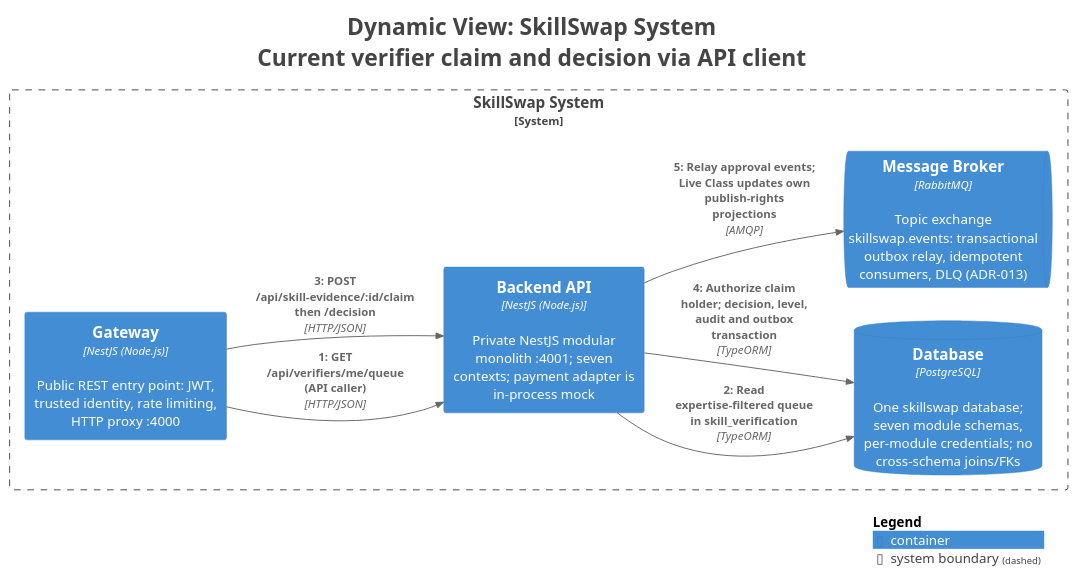
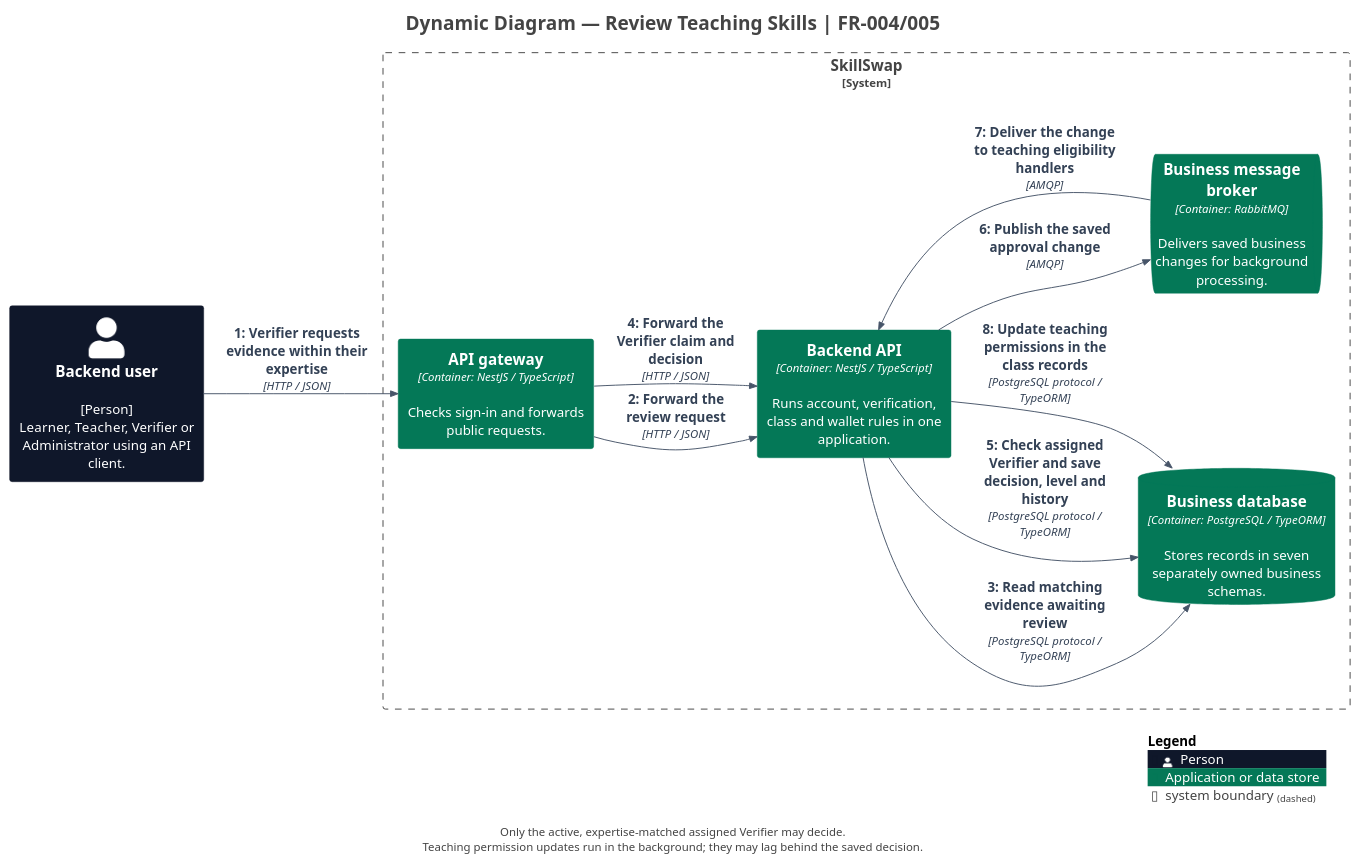
Before and after one commit to trankien022/SkillSwap: the diagram in docs/diagrams/c4/source/structurizr-VerificationFlow.puml, drawn with PlantUML. The commit also changed 62 other files, not shown here.

First line of the commit message:
docs(diagrams): refresh diagrams against current code

```diff
--- a/docs/diagrams/c4/source/structurizr-VerificationFlow.puml
+++ b/docs/diagrams/c4/source/structurizr-VerificationFlow.puml
@@ -1,33 +1,53 @@
 @startuml
-title <size:24>Dynamic View: SkillSwap System</size>\n<size:24>Current verifier claim and decision via API client</size>
+title Dynamic Diagram — Review Teaching Skills | FR-004/005
 
 set separator none
 left to right direction
 
 <style>
   root {
     BackgroundColor: #ffffff
     FontColor: #444444
   }
 </style>
 
 !include <C4/C4>
 !include <C4/C4_Context>
 !include <C4/C4_Container>
 
-System_Boundary("SkillSwapSystem_boundary", "SkillSwap System", $tags="") {
-  ContainerDb(SkillSwapSystem.Database, "Database", $techn="PostgreSQL", $descr="One skillswap database; seven module schemas, per-module credentials; no cross-schema joins/FKs", $tags="", $link="")
-  ContainerQueue(SkillSwapSystem.MessageBroker, "Message Broker", $techn="RabbitMQ", $descr="Topic exchange skillswap.events: transactional outbox relay, idempotent consumers, DLQ (ADR-013)", $tags="", $link="")
-  Container(SkillSwapSystem.Gateway, "Gateway", $techn="NestJS (Node.js)", $descr="Public REST entry point: JWT, trusted identity, rate limiting, HTTP proxy :4000", $tags="", $link="")
-  Container(SkillSwapSystem.BackendAPI, "Backend API", $techn="NestJS (Node.js)", $descr="Private NestJS modular monolith :4001; seven contexts; payment adapter is in-process mock", $tags="", $link="")
+' Presentation only: model elements and relationships come from workspace.dsl.
+skinparam defaultFontName Arial
+skinparam defaultFontSize 14
+skinparam shadowing false
+skinparam nodesep 35
+skinparam ranksep 45
+skinparam footerFontSize 12
+skinparam titleFontSize 20
+UpdateElementStyle("person", $bgColor="#0F172A", $fontColor="#FFFFFF", $borderColor="#0F172A", $legendText="Person")
+UpdateElementStyle("system", $bgColor="#047857", $fontColor="#FFFFFF", $borderColor="#047857", $legendText="Software system in scope")
+UpdateElementStyle("external_system", $bgColor="#64748B", $fontColor="#FFFFFF", $borderColor="#64748B", $legendText="Supporting software system")
+UpdateElementStyle("container", $bgColor="#047857", $fontColor="#FFFFFF", $borderColor="#047857", $legendText="Application or data store")
+UpdateRelStyle($lineColor="#475569", $textColor="#334155")
+AddElementTag("Demo", $bgColor="#F1F5F9", $fontColor="#0F172A", $borderColor="#64748B", $legendText="Demonstration client (local booking data)")
+
+System_Boundary("SkillSwap_boundary", "SkillSwap", $tags="") {
+  Container(SkillSwap.APIgateway, "API gateway", $techn="Container: NestJS / TypeScript", $descr="Checks sign-in and forwards public requests.", $tags="", $link="")
+  Container(SkillSwap.BackendAPI, "Backend API", $techn="Container: NestJS / TypeScript", $descr="Runs account, verification, class and wallet rules in one application.", $tags="", $link="")
+  ContainerDb(SkillSwap.Businessdatabase, "Business database", $techn="Container: PostgreSQL / TypeORM", $descr="Stores records in seven separately owned business schemas.", $tags="", $link="")
+  ContainerQueue(SkillSwap.Businessmessagebroker, "Business message broker", $techn="Container: RabbitMQ", $descr="Delivers saved business changes for background processing.", $tags="", $link="")
 }
 
-Rel(SkillSwapSystem.Gateway, SkillSwapSystem.BackendAPI, "1: GET /api/verifiers/me/queue (API caller)", $techn="HTTP/JSON", $tags="", $link="")
-Rel(SkillSwapSystem.BackendAPI, SkillSwapSystem.Database, "2: Read expertise-filtered queue in skill_verification", $techn="TypeORM", $tags="", $link="")
-Rel(SkillSwapSystem.Gateway, SkillSwapSystem.BackendAPI, "3: POST /api/skill-evidence/:id/claim then /decision", $techn="HTTP/JSON", $tags="", $link="")
-Rel(SkillSwapSystem.BackendAPI, SkillSwapSystem.Database, "4: Authorize claim holder; decision, level, audit and outbox transaction", $techn="TypeORM", $tags="", $link="")
-Rel(SkillSwapSystem.BackendAPI, SkillSwapSystem.MessageBroker, "5: Relay approval events; Live Class updates own publish-rights projections", $techn="AMQP", $tags="", $link="")
+Person(Backenduser, "Backend user", $descr="[Person]\nLearner, Teacher, Verifier or Administrator using an API client.", $tags="", $link="")
 
-SHOW_LEGEND(true)
-hide stereotypes
+Rel(Backenduser, SkillSwap.APIgateway, "1: Verifier requests evidence within their expertise", $techn="HTTP / JSON", $tags="", $link="")
+Rel(SkillSwap.APIgateway, SkillSwap.BackendAPI, "2: Forward the review request", $techn="HTTP / JSON", $tags="", $link="")
+Rel(SkillSwap.BackendAPI, SkillSwap.Businessdatabase, "3: Read matching evidence awaiting review", $techn="PostgreSQL protocol / TypeORM", $tags="", $link="")
+Rel(SkillSwap.APIgateway, SkillSwap.BackendAPI, "4: Forward the Verifier claim and decision", $techn="HTTP / JSON", $tags="", $link="")
+Rel(SkillSwap.BackendAPI, SkillSwap.Businessdatabase, "5: Check assigned Verifier and save decision, level and history", $techn="PostgreSQL protocol / TypeORM", $tags="", $link="")
+Rel(SkillSwap.BackendAPI, SkillSwap.Businessmessagebroker, "6: Publish the saved approval change", $techn="AMQP", $tags="", $link="")
+Rel(SkillSwap.Businessmessagebroker, SkillSwap.BackendAPI, "7: Deliver the change to teaching eligibility handlers", $techn="AMQP", $tags="", $link="")
+Rel(SkillSwap.BackendAPI, SkillSwap.Businessdatabase, "8: Update teaching permissions in the class records", $techn="PostgreSQL protocol / TypeORM", $tags="", $link="")
+
+SHOW_LEGEND()
+footer Only the active, expertise-matched assigned Verifier may decide.\nTeaching permission updates run in the background; they may lag behind the saved decision.
 @enduml
```
